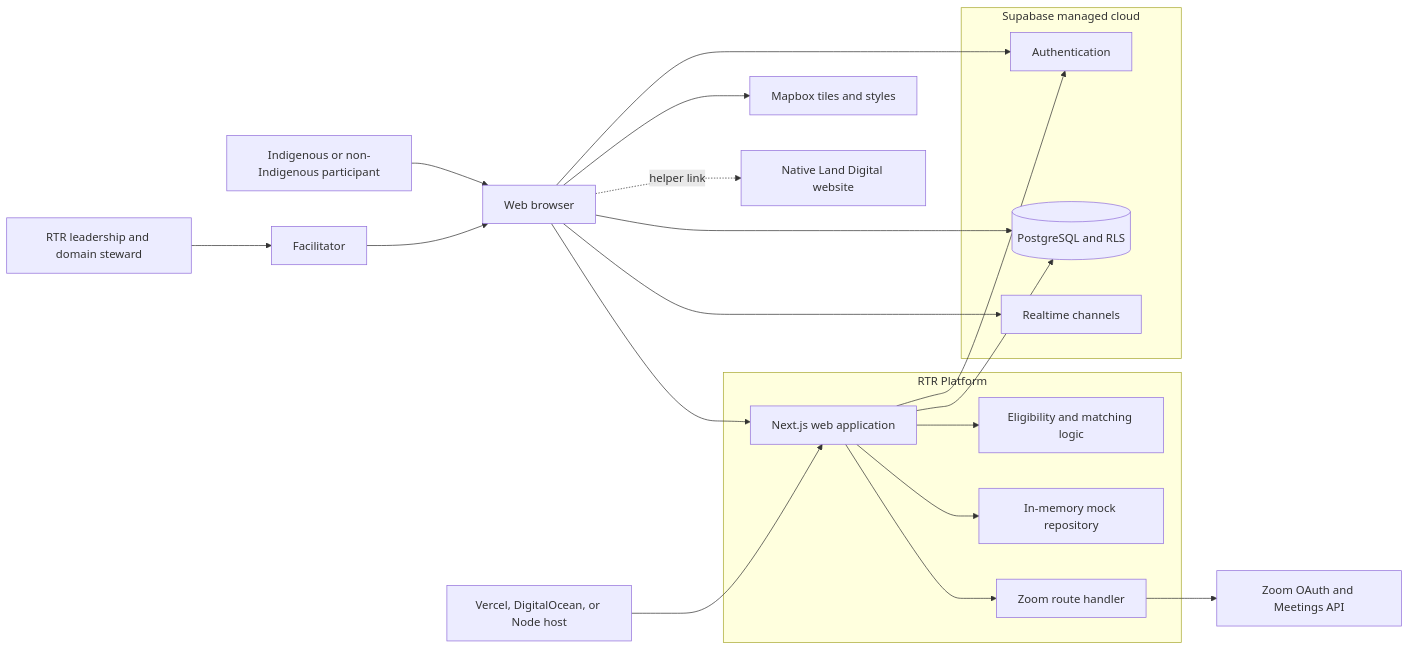
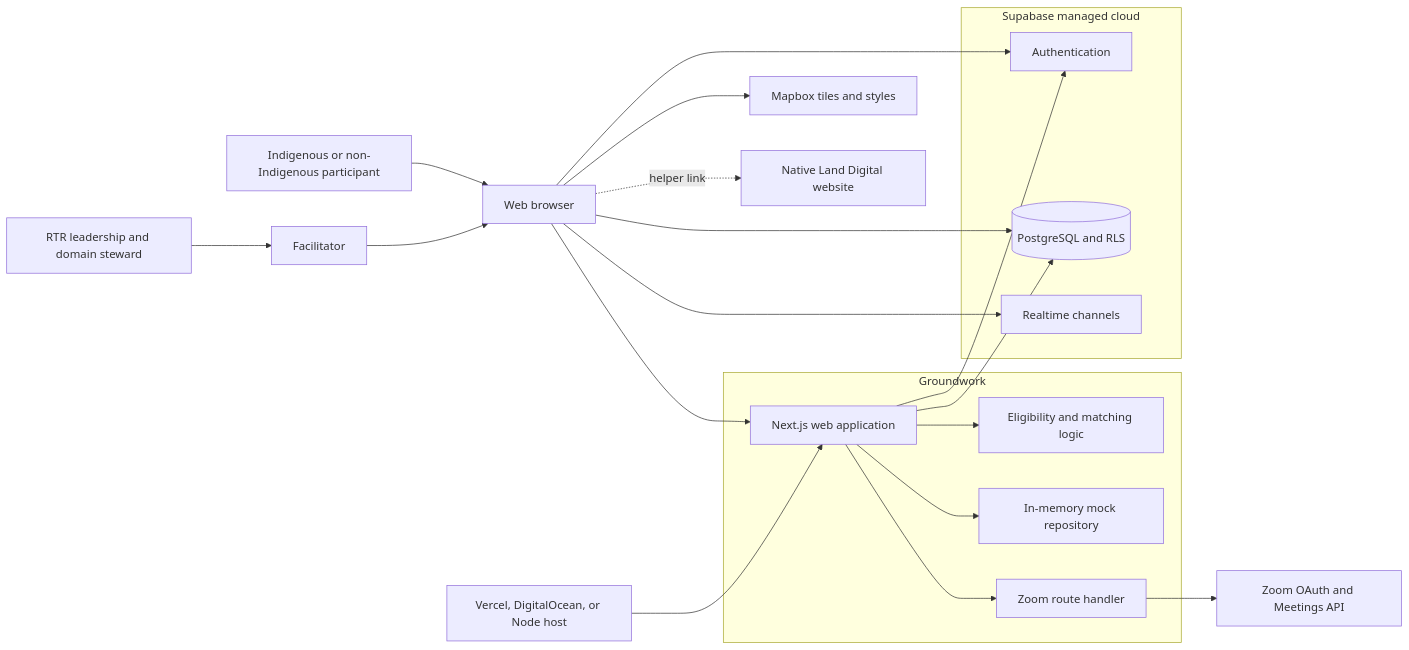
One commit to QuinntyneBrown/reconciliation-through-relationships-hackathon changed the first of 7 diagrams in docs/SOFTWARE_ARCHITECTURE_DESCRIPTION.md. Above: the diagram before and after it, drawn with Mermaid. The commit also changed other lines of this file and 48 other files, not shown here.

````diff
--- a/docs/SOFTWARE_ARCHITECTURE_DESCRIPTION.md
+++ b/docs/SOFTWARE_ARCHITECTURE_DESCRIPTION.md
@@ -129,42 +129,42 @@
 ```mermaid
 flowchart LR
     Participant[Indigenous or non-Indigenous participant]
     Facilitator[Facilitator]
     Steward[RTR leadership and domain steward]
     Browser[Web browser]
 
-    subgraph RTR[RTR Platform]
+    subgraph GROUNDWORK[Groundwork]
         Web[Next.js web application]
         Domain[Eligibility and matching logic]
         Mock[In-memory mock repository]
         ZoomAdapter[Zoom route handler]
     end
 
     subgraph SupabaseCloud[Supabase managed cloud]
         Auth[Authentication]
         DB[(PostgreSQL and RLS)]
         Realtime[Realtime channels]
     end
 
     Mapbox[Mapbox tiles and styles]
     Zoom[Zoom OAuth and Meetings API]
     NativeLand[Native Land Digital website]
     Host[Vercel, DigitalOcean, or Node host]
 
     Participant --> Browser
     Facilitator --> Browser
     Steward --> Facilitator
     Browser --> Web
     Host --> Web
     Web --> Domain
     Web --> Mock
     Browser --> Auth
     Browser --> DB
     Browser --> Realtime
     Web --> Auth
     Web --> DB
     Browser --> Mapbox
     Web --> ZoomAdapter
     ZoomAdapter --> Zoom
     Browser -. helper link .-> NativeLand
 ```
````
